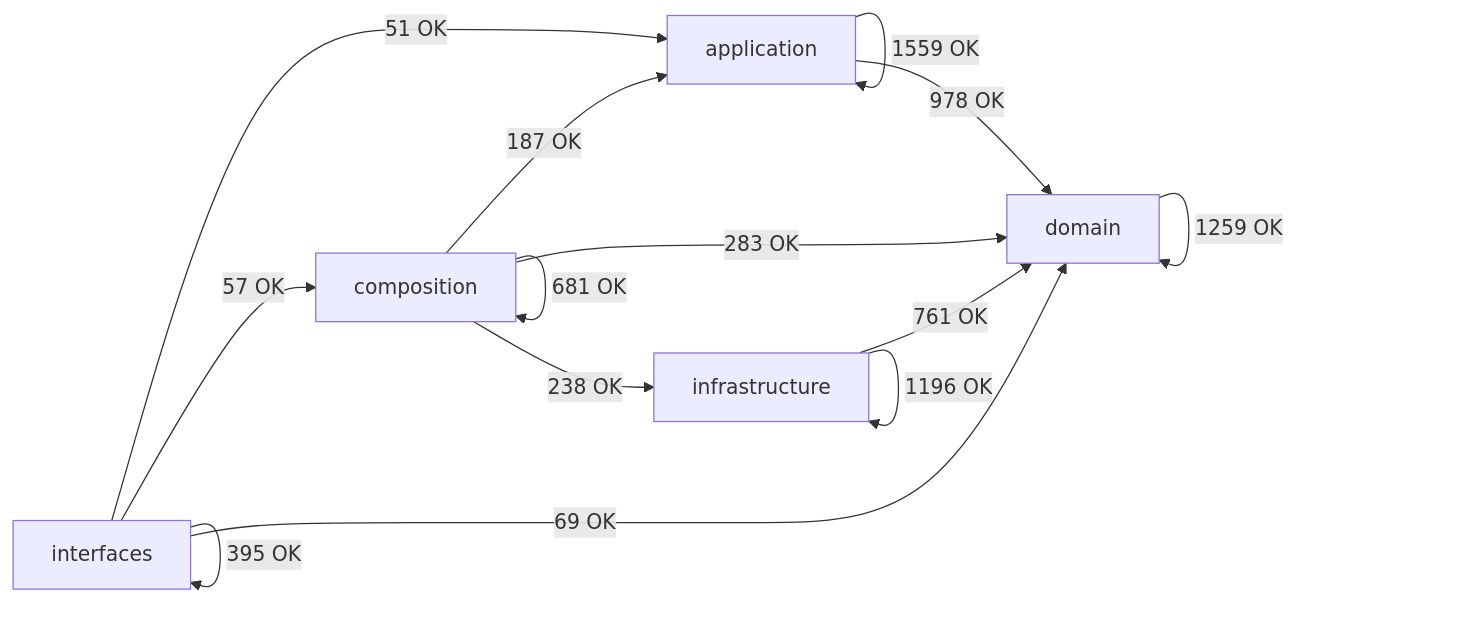
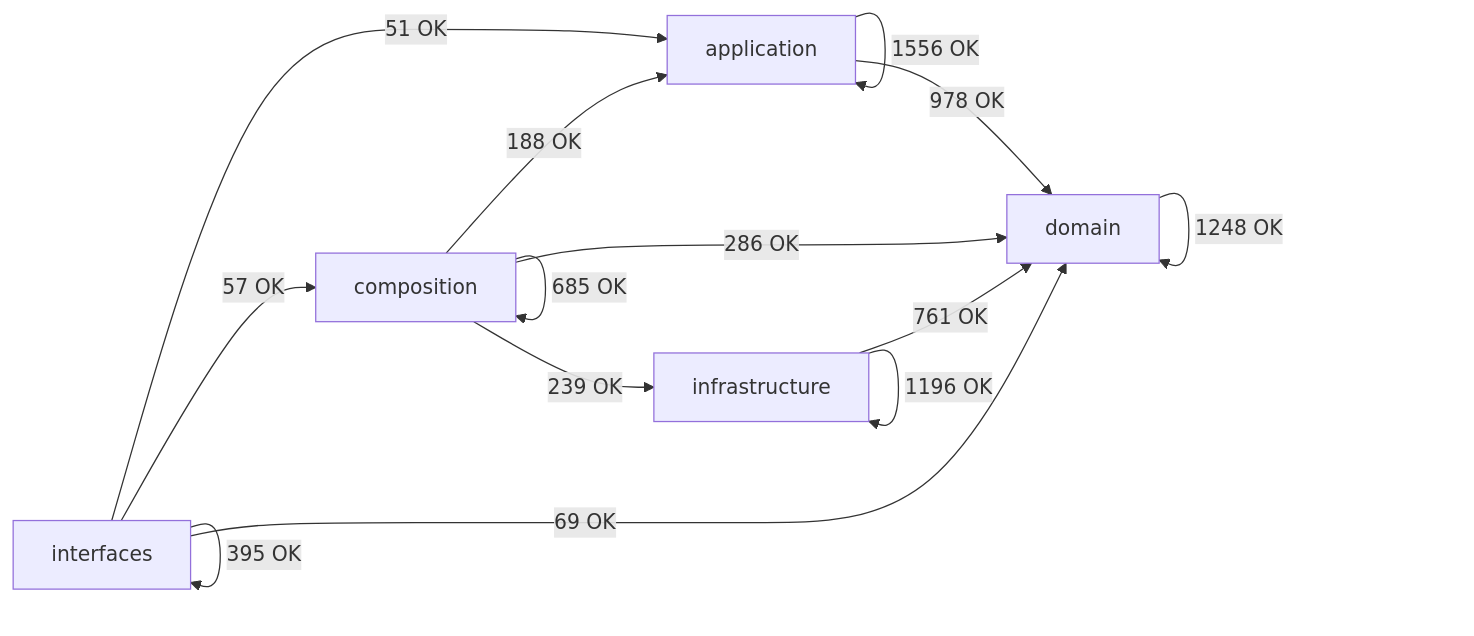
Before and after one commit to SatoryKono/BioactivityDataAcquisition: the diagram in docs/02-architecture/generated/module-dependency-map.md, drawn with Mermaid. The commit also changed other lines of this file and 1 other file, not shown here.

Commit message:
docs(architecture): refresh module dependency map

````diff
--- a/docs/02-architecture/generated/module-dependency-map.md
+++ b/docs/02-architecture/generated/module-dependency-map.md
@@ -17,21 +17,21 @@
 ```mermaid
 flowchart LR
     domain[domain]
     application[application]
     infrastructure[infrastructure]
     composition[composition]
     interfaces[interfaces]
-    application -->|1559 OK| application
+    application -->|1556 OK| application
     application -->|978 OK| domain
-    composition -->|187 OK| application
-    composition -->|681 OK| composition
-    composition -->|283 OK| domain
-    composition -->|238 OK| infrastructure
-    domain -->|1259 OK| domain
+    composition -->|188 OK| application
+    composition -->|685 OK| composition
+    composition -->|286 OK| domain
+    composition -->|239 OK| infrastructure
+    domain -->|1248 OK| domain
     infrastructure -->|761 OK| domain
     infrastructure -->|1196 OK| infrastructure
     interfaces -->|51 OK| application
     interfaces -->|57 OK| composition
     interfaces -->|69 OK| domain
     interfaces -->|395 OK| interfaces
 ```
````
